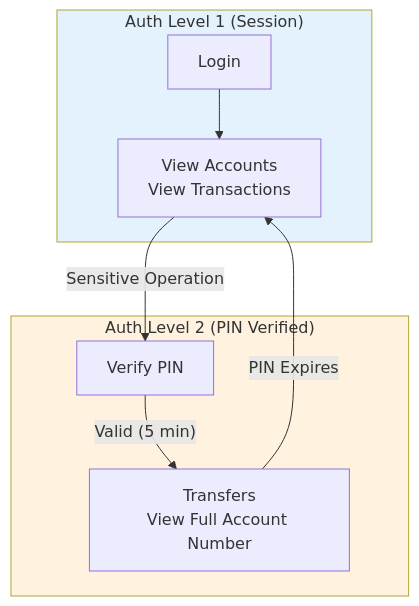
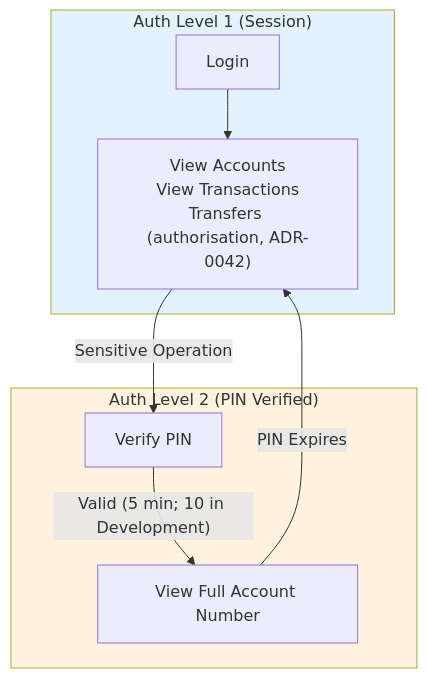
The third of 3 diagrams in backend/src/AzureBank.Bff/README.md (Gurgant/azurebank-v2), drawn with Mermaid before and after one commit. The commit also changed other lines of this file and 30 other files, not shown here.

````diff
--- a/backend/src/AzureBank.Bff/README.md
+++ b/backend/src/AzureBank.Bff/README.md
@@ -95,20 +95,20 @@
 ```mermaid
 flowchart TB
     subgraph AuthLevel1["Auth Level 1 (Session)"]
         Login["Login"]
-        BasicOps["View Accounts<br/>View Transactions"]
+        BasicOps["View Accounts<br/>View Transactions<br/>Transfers (authorisation, ADR-0042)"]
     end
 
     subgraph AuthLevel2["Auth Level 2 (PIN Verified)"]
         PIN["Verify PIN"]
-        SensitiveOps["Transfers<br/>View Full Account Number"]
+        SensitiveOps["View Full Account Number"]
     end
 
     Login --> BasicOps
     BasicOps -->|"Sensitive Operation"| PIN
-    PIN -->|"Valid (5 min)"| SensitiveOps
+    PIN -->|"Valid (5 min; 10 in Development)"| SensitiveOps
     SensitiveOps -->|"PIN Expires"| BasicOps
 
     style AuthLevel1 fill:#e3f2fd
     style AuthLevel2 fill:#fff3e0
 ```
````
